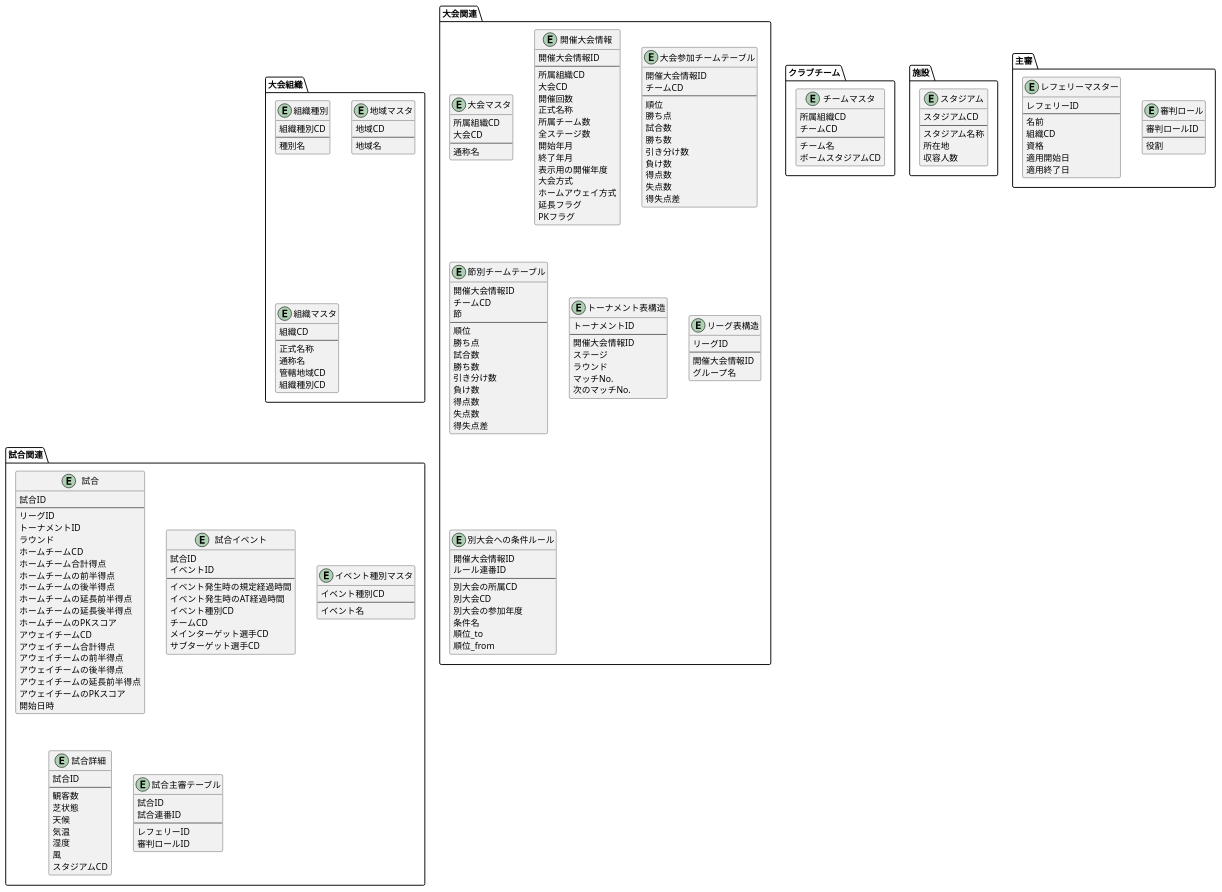
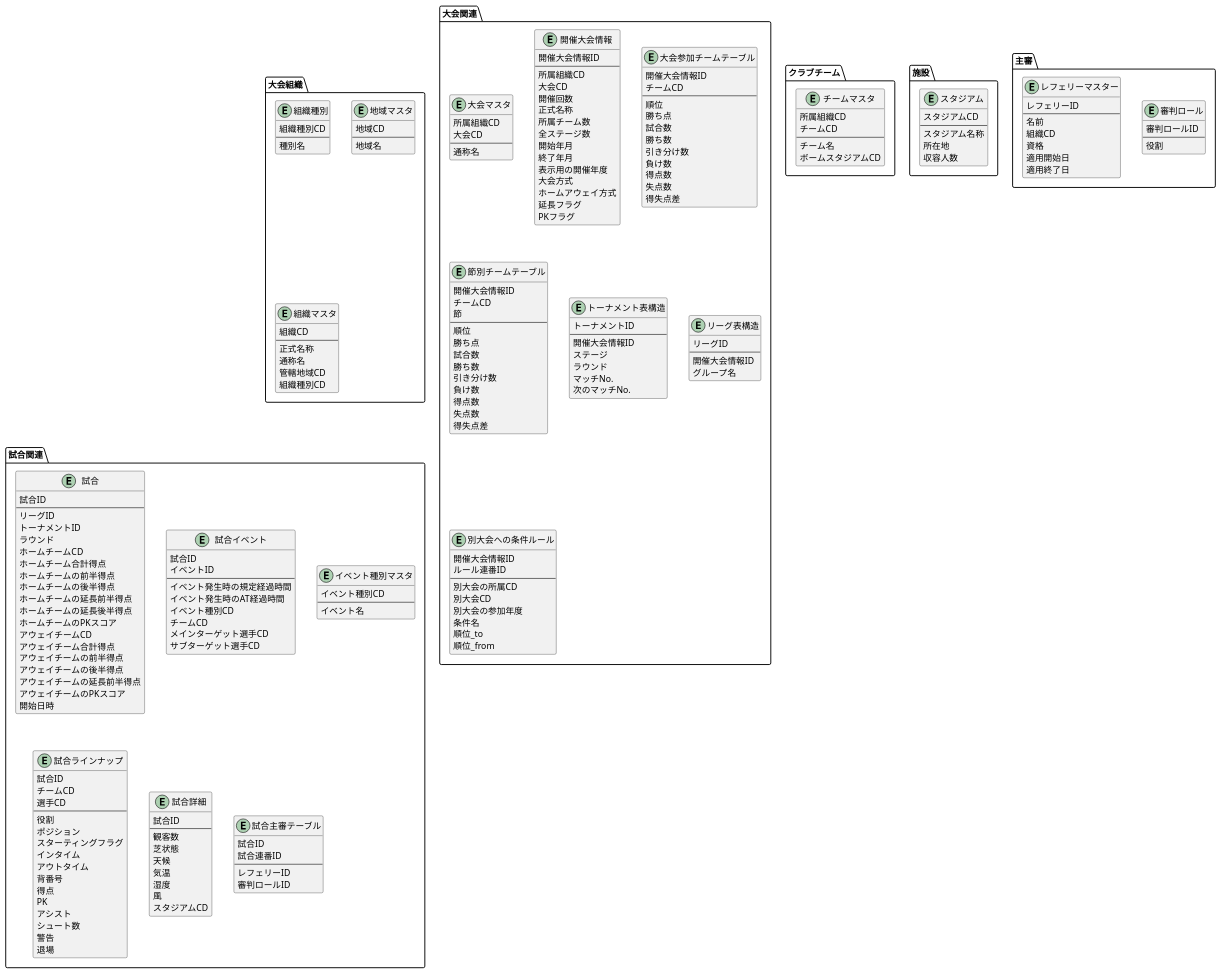
Before and after one commit to LCC-SYamada/SocckerDB_PlantUML: the diagram in soccker_db.puml, drawn with PlantUML.

Commit message:
試合ラインナップテーブルを作成

```diff
--- a/soccker_db.puml
+++ b/soccker_db.puml
@@ -171,6 +171,25 @@
     イベント名
   }
 
+  Entity "試合ラインナップ" as MatchLineup {
+    試合ID
+    チームCD
+    選手CD
+    --
+    役割
+    ポジション
+    スターティングフラグ
+    インタイム
+    アウトタイム
+    背番号
+    得点
+    PK
+    アシスト
+    シュート数
+    警告
+    退場
+  }
+
   Entity "試合詳細" as MatchInfo {
     試合ID
     --
```
